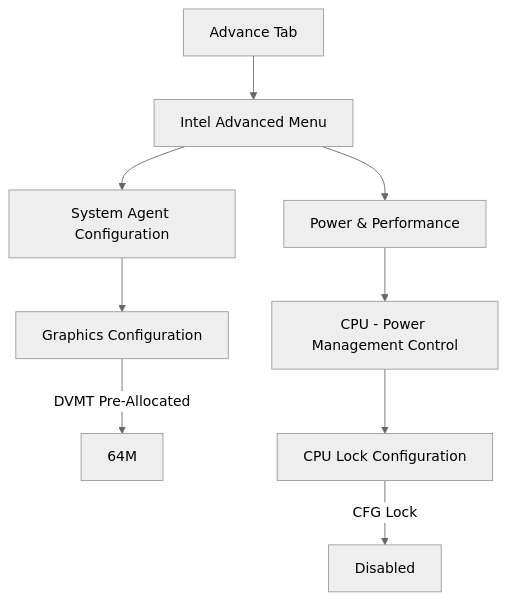
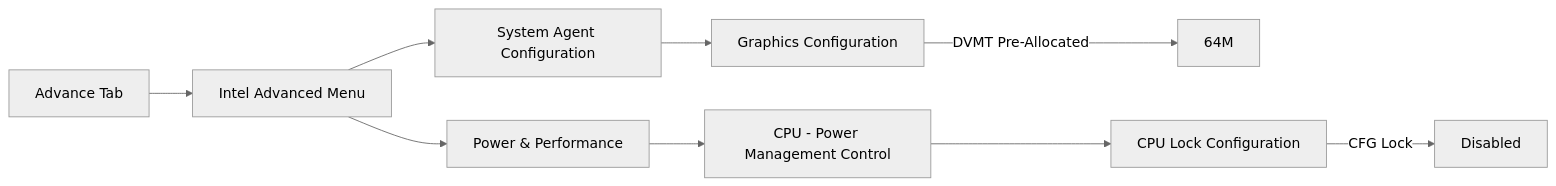
One commit to tylernguyen/wiki changed the first of 8 diagrams in docs/projects/x1c6-hackintosh/BIOS.md. Above: the diagram before and after it, drawn with Mermaid (neutral theme). The commit also changed other lines of this file and 6 other files, not shown here.

````diff
--- a/docs/projects/x1c6-hackintosh/BIOS.md
+++ b/docs/projects/x1c6-hackintosh/BIOS.md
@@ -65,11 +69,11 @@
 ``` mermaid
-graph TD
+graph LR
     id1[Advance Tab]-->id2[Intel Advanced Menu];
     id2-->id3[System Agent Configuration];
     id2-->id4[Power & Performance];
     id3-->id5[Graphics Configuration];
     id4-->id6[CPU - Power Management Control];
     id5-->|DVMT Pre-Allocated|64M;
     id6-->id7[CPU Lock Configuration];
     id7-->|CFG Lock|Disabled;
 ```
````
